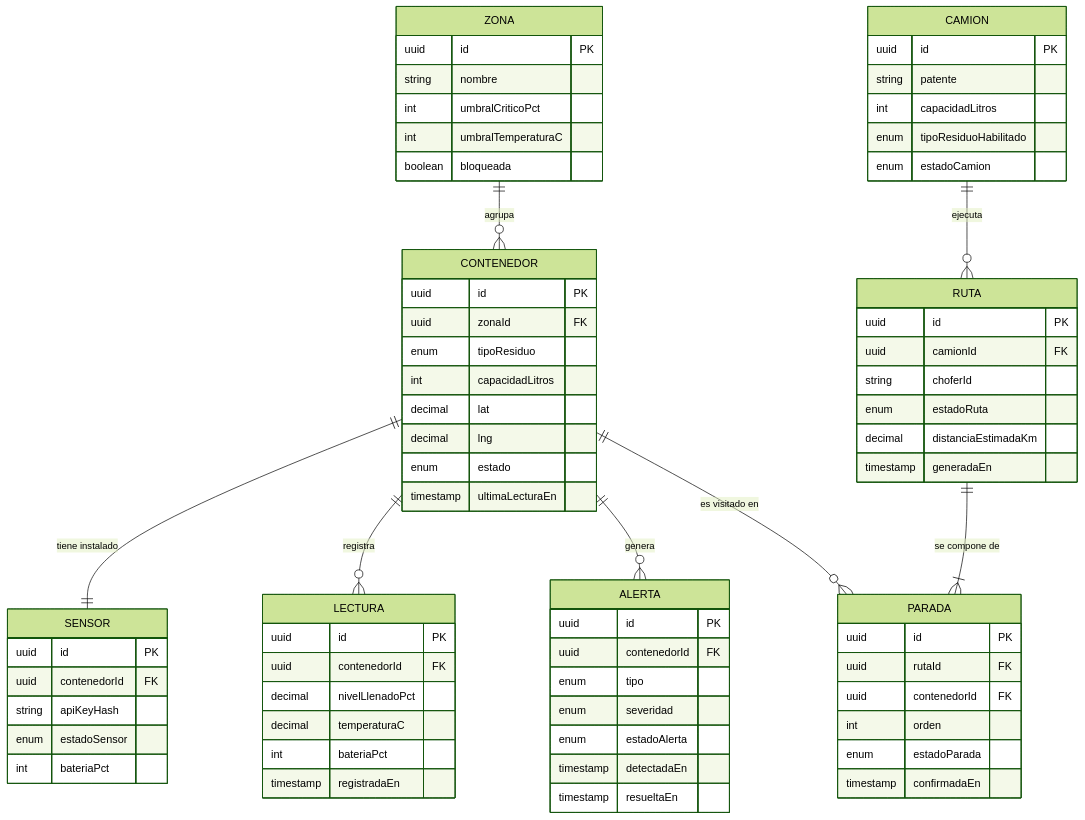
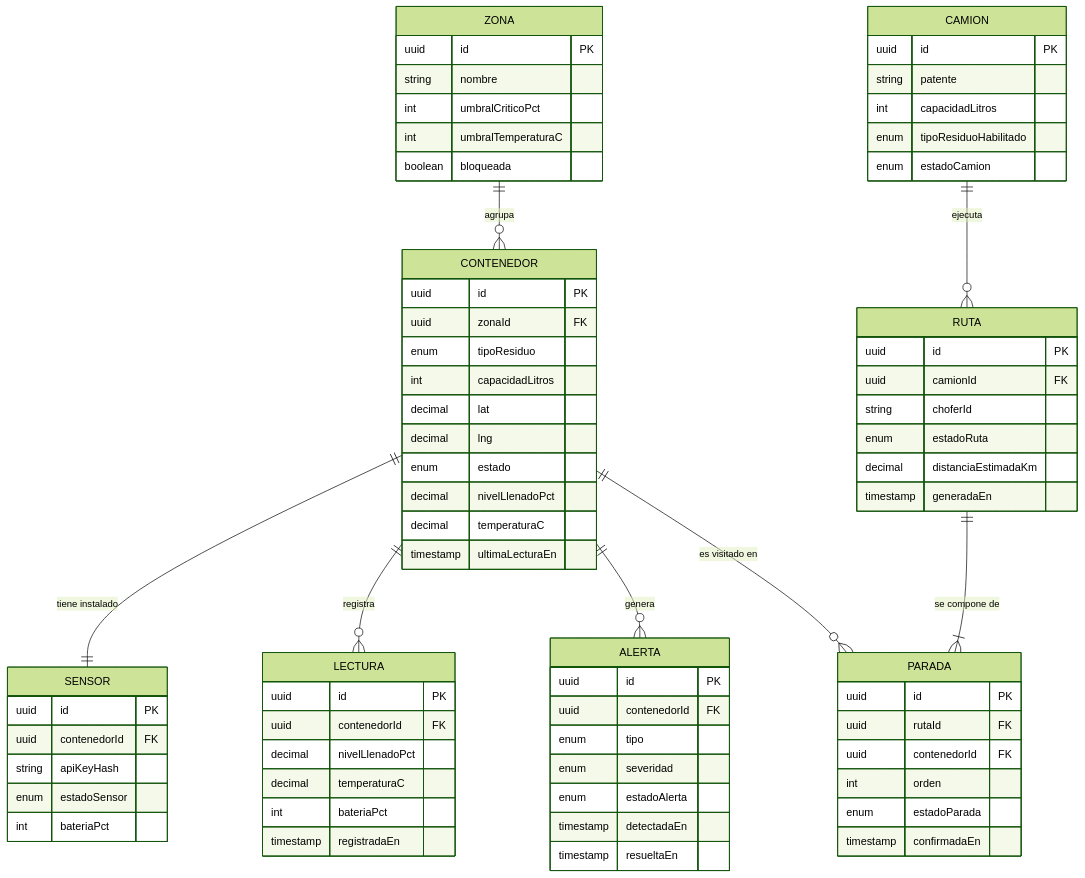
Before and after one commit to ResiduosCityPass/citypass-residuos: the diagram in docs/arquitectura/modelo-de-datos.md, drawn with Mermaid (forest theme). The commit also changed other lines of this file and 29 other files, not shown here.

````diff
--- a/docs/arquitectura/modelo-de-datos.md
+++ b/docs/arquitectura/modelo-de-datos.md
@@ -7,75 +7,77 @@
 ```mermaid
 erDiagram
     ZONA ||--o{ CONTENEDOR : agrupa
     CONTENEDOR ||--|| SENSOR : "tiene instalado"
     CONTENEDOR ||--o{ LECTURA : registra
     CONTENEDOR ||--o{ ALERTA : genera
     CONTENEDOR ||--o{ PARADA : "es visitado en"
     CAMION ||--o{ RUTA : ejecuta
     RUTA ||--|{ PARADA : "se compone de"
 
     ZONA {
         uuid id PK
         string nombre
         int umbralCriticoPct
         int umbralTemperaturaC
         boolean bloqueada
     }
     CONTENEDOR {
         uuid id PK
         uuid zonaId FK
         enum tipoResiduo
         int capacidadLitros
         decimal lat
         decimal lng
         enum estado
+        decimal nivelLlenadoPct
+        decimal temperaturaC
         timestamp ultimaLecturaEn
     }
     SENSOR {
         uuid id PK
         uuid contenedorId FK
         string apiKeyHash
         enum estadoSensor
         int bateriaPct
     }
     LECTURA {
         uuid id PK
         uuid contenedorId FK
         decimal nivelLlenadoPct
         decimal temperaturaC
         int bateriaPct
         timestamp registradaEn
     }
     ALERTA {
         uuid id PK
         uuid contenedorId FK
         enum tipo
         enum severidad
         enum estadoAlerta
         timestamp detectadaEn
         timestamp resueltaEn
     }
     CAMION {
         uuid id PK
         string patente
         int capacidadLitros
         enum tipoResiduoHabilitado
         enum estadoCamion
     }
     RUTA {
         uuid id PK
         uuid camionId FK
         string choferId
         enum estadoRuta
         decimal distanciaEstimadaKm
         timestamp generadaEn
     }
     PARADA {
         uuid id PK
         uuid rutaId FK
         uuid contenedorId FK
         int orden
         enum estadoParada
         timestamp confirmadaEn
     }
 ```
````
